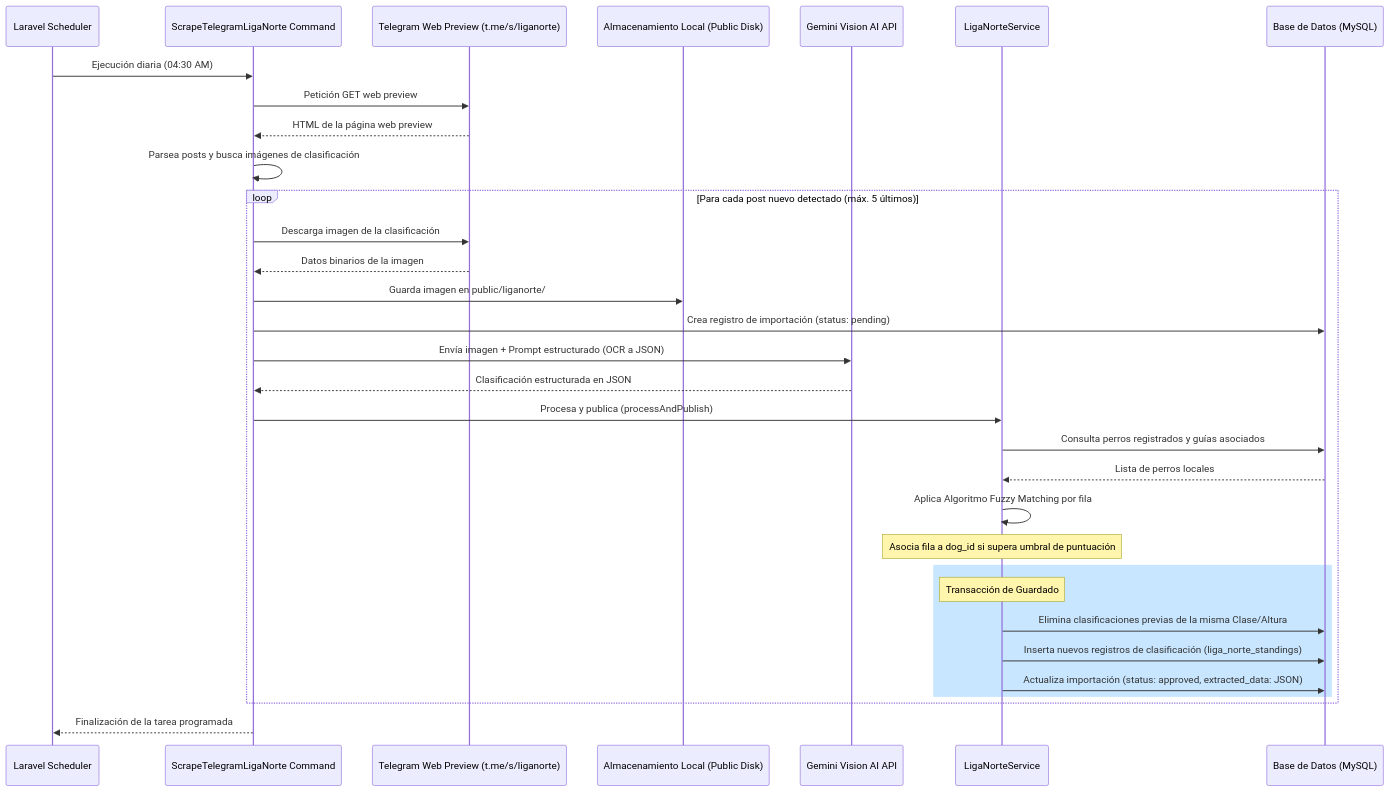
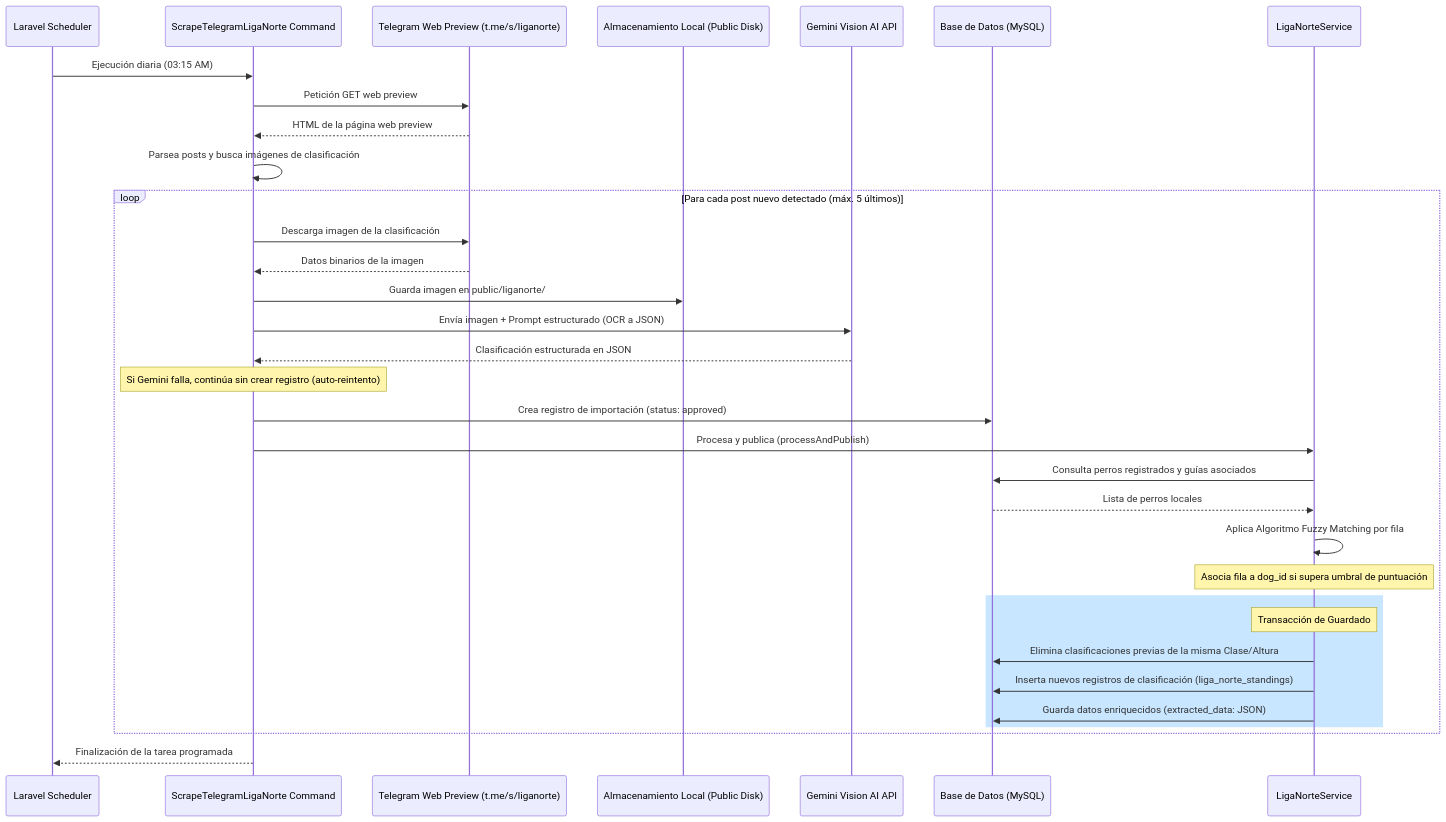
One commit to fonsii91/AgilityAsturias changed the diagram in docs/04_Integraciones/scrapping-liga.md. Above: the diagram before and after it, drawn with Mermaid. The commit also changed other lines of this file, not shown here.

Commit message:
Update scraper documentation to reflect 100% automated flow and scheduling updates

````diff
--- a/docs/04_Integraciones/scrapping-liga.md
+++ b/docs/04_Integraciones/scrapping-liga.md
@@ -22,40 +22,41 @@
 ```mermaid
 sequenceDiagram
     participant Sched as Laravel Scheduler
     participant Command as ScrapeTelegramLigaNorte Command
     participant TG as Telegram Web Preview (t.me/s/liganorte)
     participant Storage as Almacenamiento Local (Public Disk)
     participant Gemini as Gemini Vision AI API
+    participant DB as Base de Datos (MySQL)
     participant Service as LigaNorteService
-    participant DB as Base de Datos (MySQL)
 
-    Sched->>Command: Ejecución diaria (04:30 AM)
+    Sched->>Command: Ejecución diaria (03:15 AM)
     Command->>TG: Petición GET web preview
     TG-->>Command: HTML de la página web preview
     Command->>Command: Parsea posts y busca imágenes de clasificación
     
     loop Para cada post nuevo detectado (máx. 5 últimos)
         Command->>TG: Descarga imagen de la clasificación
         TG-->>Command: Datos binarios de la imagen
         Command->>Storage: Guarda imagen en public/liganorte/
-        Command->>DB: Crea registro de importación (status: pending)
         
         Command->>Gemini: Envía imagen + Prompt estructurado (OCR a JSON)
         Gemini-->>Command: Clasificación estructurada en JSON
+        Note over Command: Si Gemini falla, continúa sin crear registro (auto-reintento)
         
+        Command->>DB: Crea registro de importación (status: approved)
         Command->>Service: Procesa y publica (processAndPublish)
         Service->>DB: Consulta perros registrados y guías asociados
         DB-->>Service: Lista de perros locales
         Service->>Service: Aplica Algoritmo Fuzzy Matching por fila
         
         Note over Service: Asocia fila a dog_id si supera umbral de puntuación
         
         rect rgb(200, 230, 255)
             Note over Service: Transacción de Guardado
             Service->>DB: Elimina clasificaciones previas de la misma Clase/Altura
             Service->>DB: Inserta nuevos registros de clasificación (liga_norte_standings)
-            Service->>DB: Actualiza importación (status: approved, extracted_data: JSON)
+            Service->>DB: Guarda datos enriquecidos (extracted_data: JSON)
         end
     end
     Command-->>Sched: Finalización de la tarea programada
 ```
````
